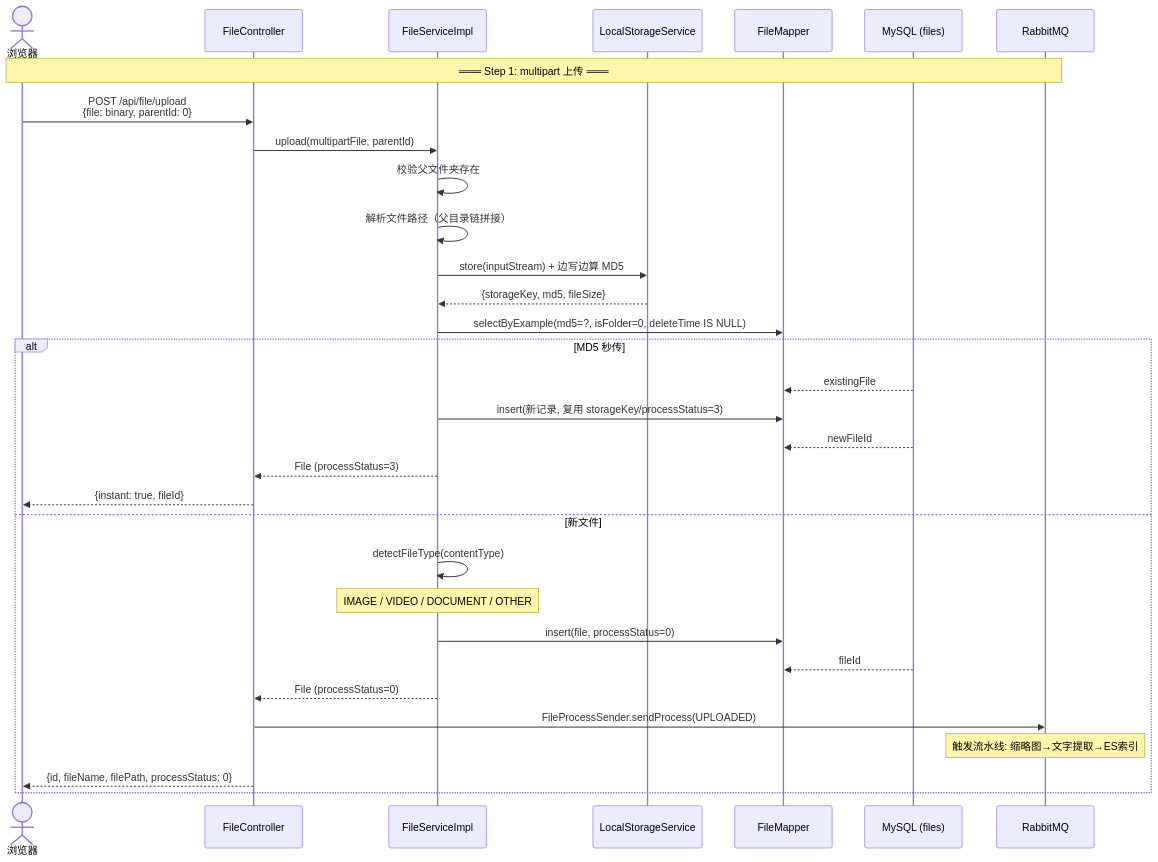
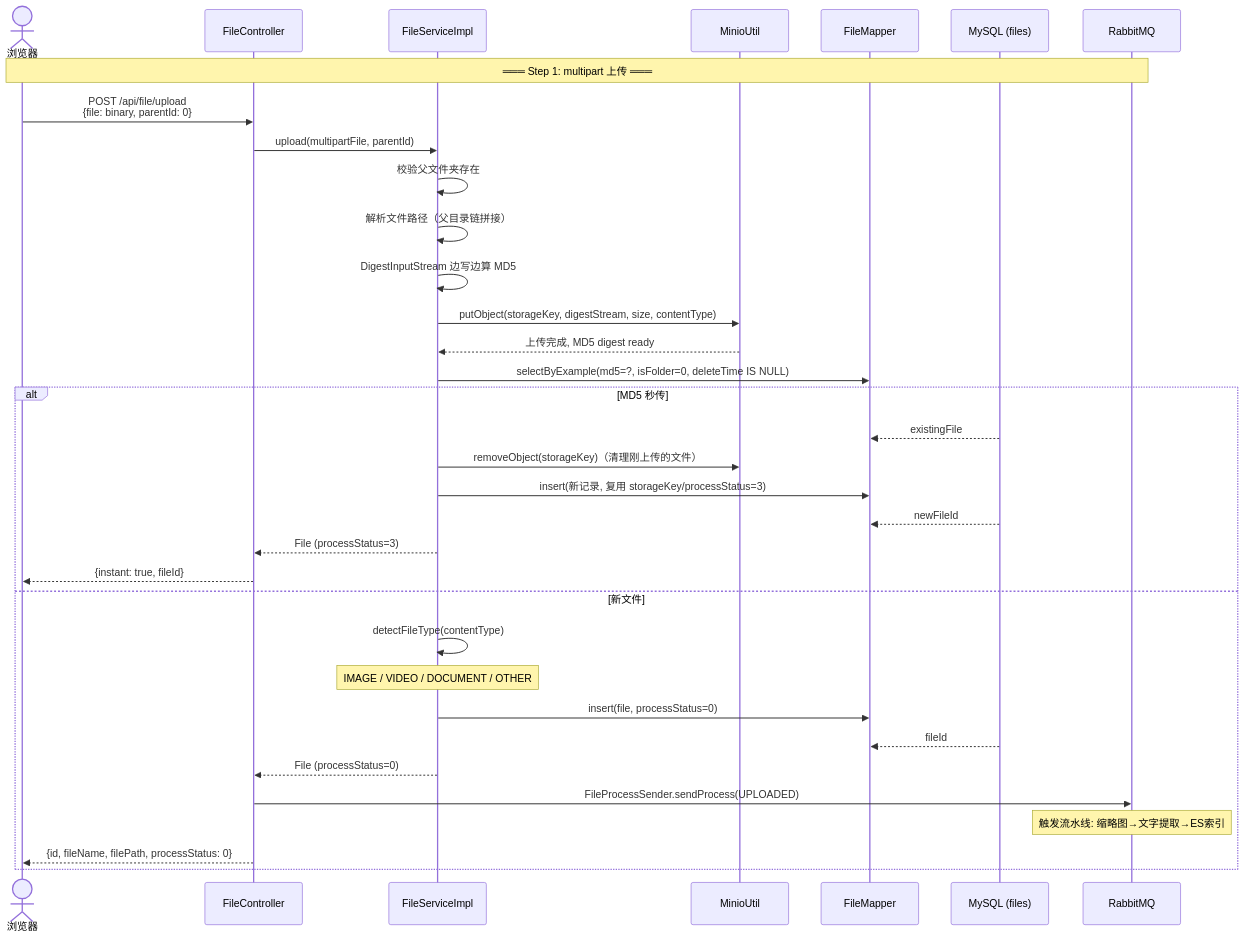
The first of 3 diagrams in docs/architecture/03-file-upload-flow.md (AfterMaxQ/AllahPan), drawn with Mermaid before and after one commit. The commit also changed other lines of this file and 24 other files, not shown here.

````diff
--- a/docs/architecture/03-file-upload-flow.md
+++ b/docs/architecture/03-file-upload-flow.md
@@ -13,37 +14,39 @@
 ```mermaid
 sequenceDiagram
     actor 浏览器
     participant FileController as FileController
     participant FileService as FileServiceImpl
-    participant LSS as LocalStorageService
+    participant MinioUtil as MinioUtil
     participant FileMapper as FileMapper
     participant MySQL as MySQL (files)
     participant RabbitMQ as RabbitMQ
 
     Note over 浏览器,RabbitMQ: ═══ Step 1: multipart 上传 ═══
     浏览器->>FileController: POST /api/file/upload<br/>{file: binary, parentId: 0}
     FileController->>FileService: upload(multipartFile, parentId)
 
     FileService->>FileService: 校验父文件夹存在
     FileService->>FileService: 解析文件路径（父目录链拼接）
-    FileService->>LSS: store(inputStream) + 边写边算 MD5
-    LSS-->>FileService: {storageKey, md5, fileSize}
+    FileService->>FileService: DigestInputStream 边写边算 MD5
+    FileService->>MinioUtil: putObject(storageKey, digestStream, size, contentType)
+    MinioUtil-->>FileService: 上传完成, MD5 digest ready
 
     FileService->>FileMapper: selectByExample(md5=?, isFolder=0, deleteTime IS NULL)
     alt MD5 秒传
         MySQL-->>FileMapper: existingFile
+        FileService->>MinioUtil: removeObject(storageKey)（清理刚上传的文件）
         FileService->>FileMapper: insert(新记录, 复用 storageKey/processStatus=3)
         MySQL-->>FileMapper: newFileId
         FileService-->>FileController: File (processStatus=3)
         FileController-->>浏览器: {instant: true, fileId}
     else 新文件
         FileService->>FileService: detectFileType(contentType)
         Note over FileService: IMAGE / VIDEO / DOCUMENT / OTHER
         FileService->>FileMapper: insert(file, processStatus=0)
         MySQL-->>FileMapper: fileId
         FileService-->>FileController: File (processStatus=0)
         FileController->>RabbitMQ: FileProcessSender.sendProcess(UPLOADED)
         Note over RabbitMQ: 触发流水线: 缩略图→文字提取→ES索引
         FileController-->>浏览器: {id, fileName, filePath, processStatus: 0}
     end
 ```
````
